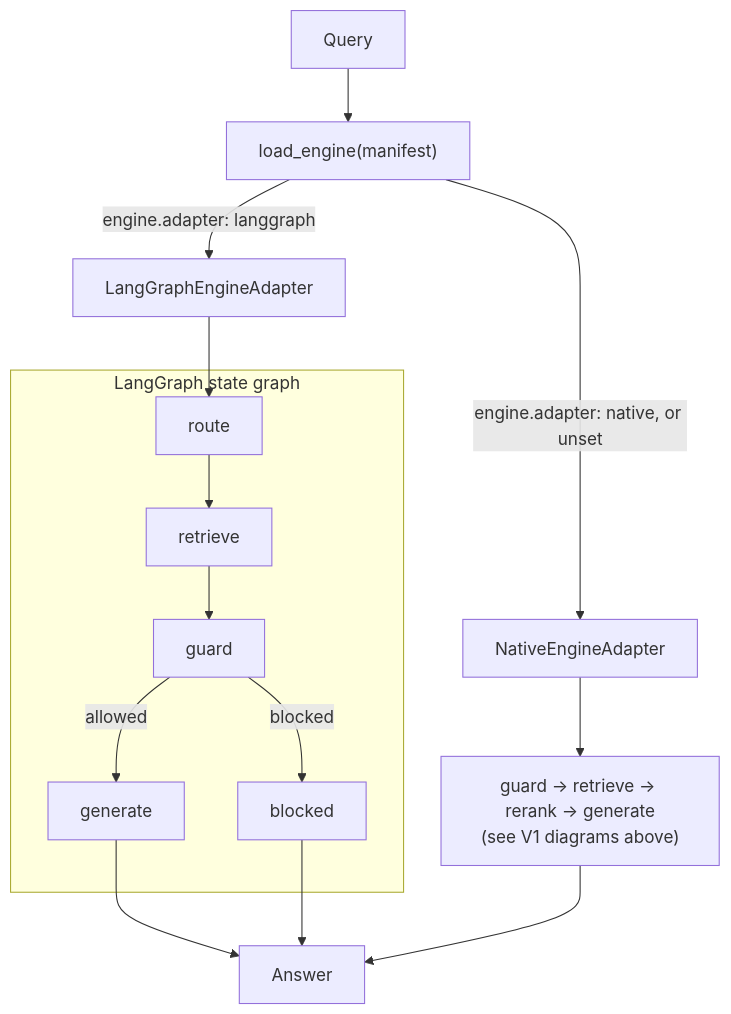
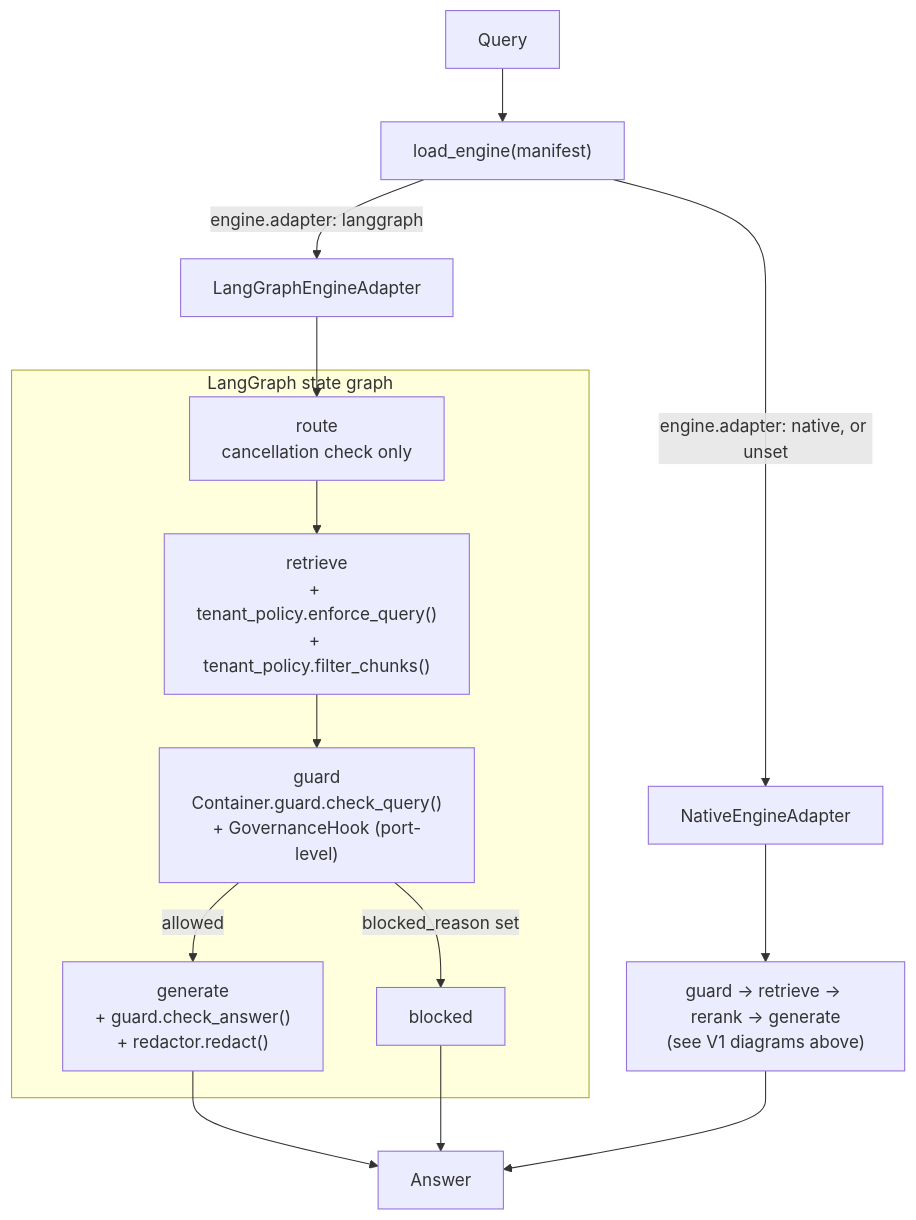
Before and after one commit to HerbertGourout/modular-rag-framework: the fourth of 4 diagrams in docs/architecture/runtime-flow.md, drawn with Mermaid. The commit also changed other lines of this file and 42 other files, not shown here.

````diff
--- a/docs/architecture/runtime-flow.md
+++ b/docs/architecture/runtime-flow.md
@@ -110,19 +201,19 @@
 ```mermaid
 flowchart TD
     Q[Query] --> LE["load_engine(manifest)"]
     LE -->|engine.adapter: native, or unset| Native[NativeEngineAdapter]
     LE -->|engine.adapter: langgraph| LG[LangGraphEngineAdapter]
 
     Native --> V1Flow["guard → retrieve → rerank → generate\n(see V1 diagrams above)"]
 
     subgraph LangGraph state graph
-        Route[route] --> Retrieve[retrieve]
-        Retrieve --> Guard[guard]
-        Guard -->|blocked| Blocked[blocked]
-        Guard -->|allowed| Generate[generate]
+        Route[route\ncancellation check only] --> Retrieve["retrieve\n+ tenant_policy.enforce_query()\n+ tenant_policy.filter_chunks()"]
+        Retrieve --> Guard["guard\nContainer.guard.check_query()\n+ GovernanceHook (port-level)"]
+        Guard -->|blocked_reason set| Blocked[blocked]
+        Guard -->|allowed| Generate["generate\n+ guard.check_answer()\n+ redactor.redact()"]
     end
     LG --> Route
     Generate --> Ans[Answer]
     Blocked --> Ans
     V1Flow --> Ans
 ```
````
